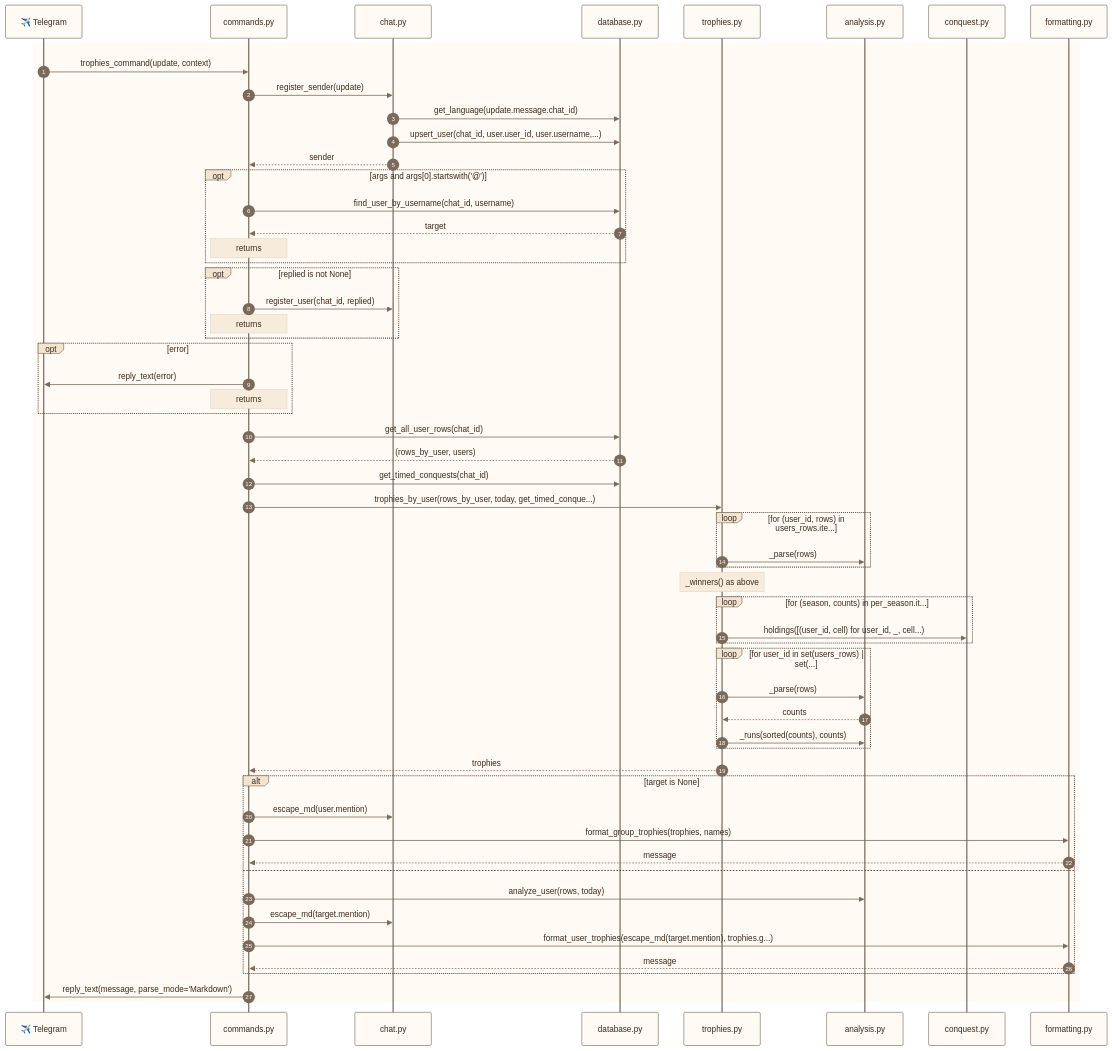
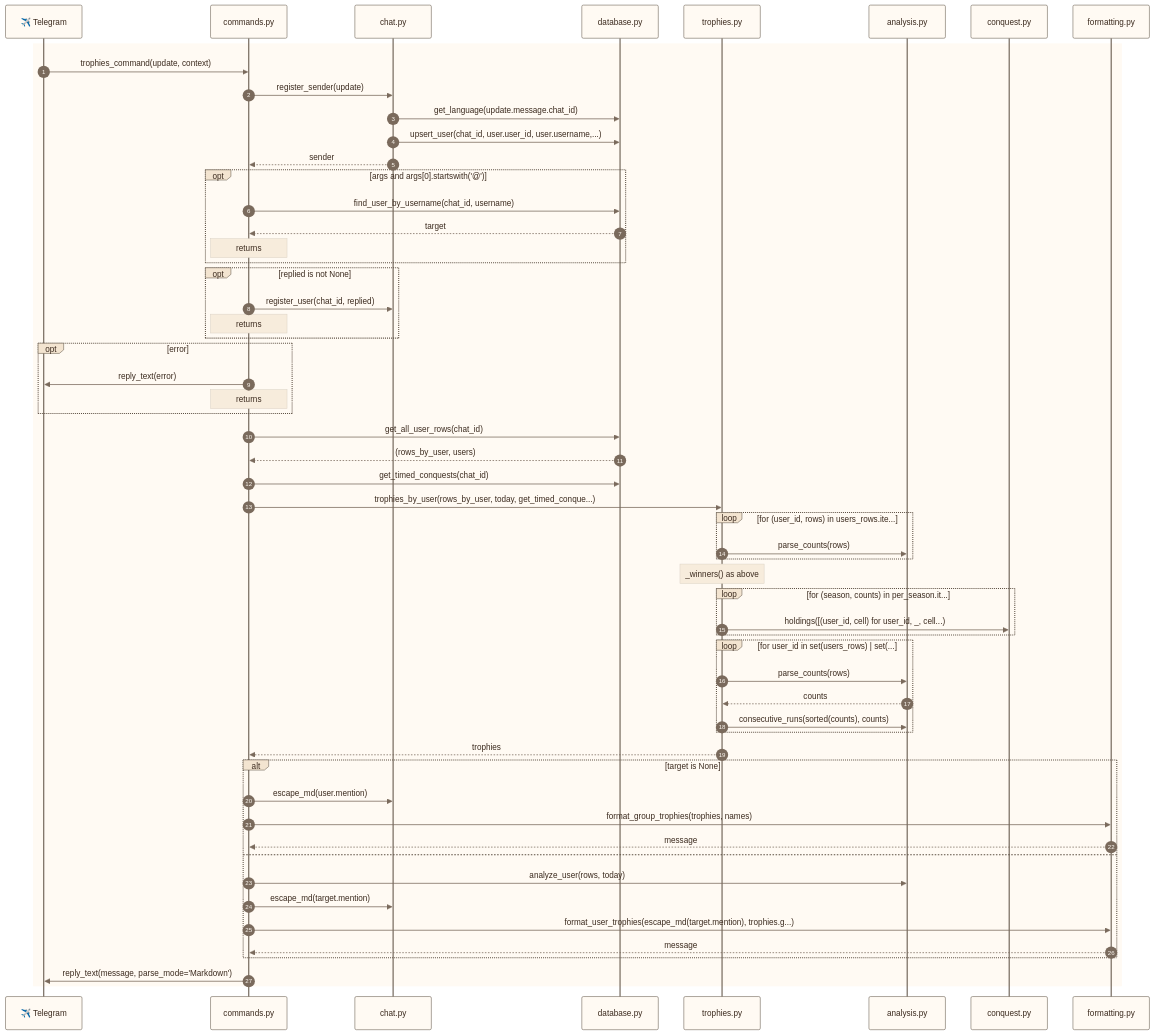
One commit to francescoperrino/Caccometro changed diagram 14 of 42 in docs/use_cases.md. Above: the diagram before and after it, drawn with Mermaid. The commit also changed other lines of this file and 22 other files, not shown here.

```diff
--- a/docs/use_cases.md
+++ b/docs/use_cases.md
@@ -1263,16 +1236,16 @@
         commands->>database: get_timed_conquests(chat_id)
         commands->>trophies: trophies_by_user(rows_by_user, today, get_timed_conque...)
         loop for (user_id, rows) in users_rows.ite...
-            trophies->>analysis: _parse(rows)
+            trophies->>analysis: parse_counts(rows)
         end
         Note over trophies: _winners() as above
         loop for (season, counts) in per_season.it...
             trophies->>conquest: holdings([(user_id, cell) for user_id, _, cell...)
         end
         loop for user_id in set(users_rows) | set(...
-            trophies->>analysis: _parse(rows)
+            trophies->>analysis: parse_counts(rows)
             analysis-->>trophies: counts
-            trophies->>analysis: _runs(sorted(counts), counts)
+            trophies->>analysis: consecutive_runs(sorted(counts), counts)
         end
         trophies-->>commands: trophies
         alt target is None
```
